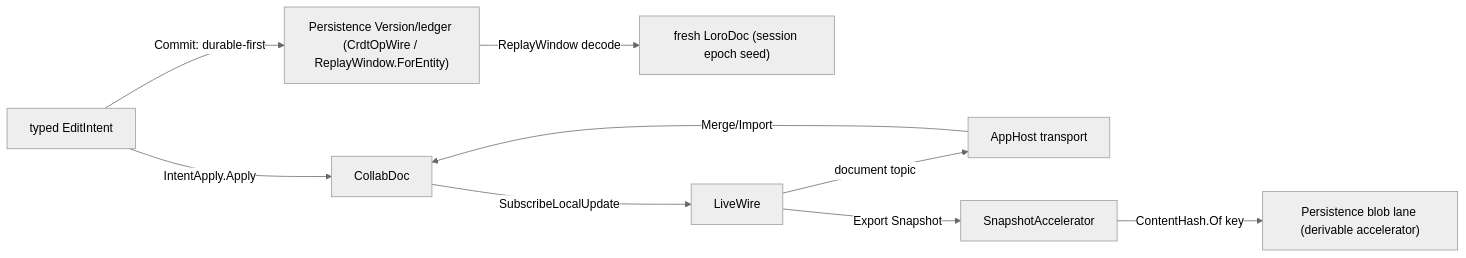
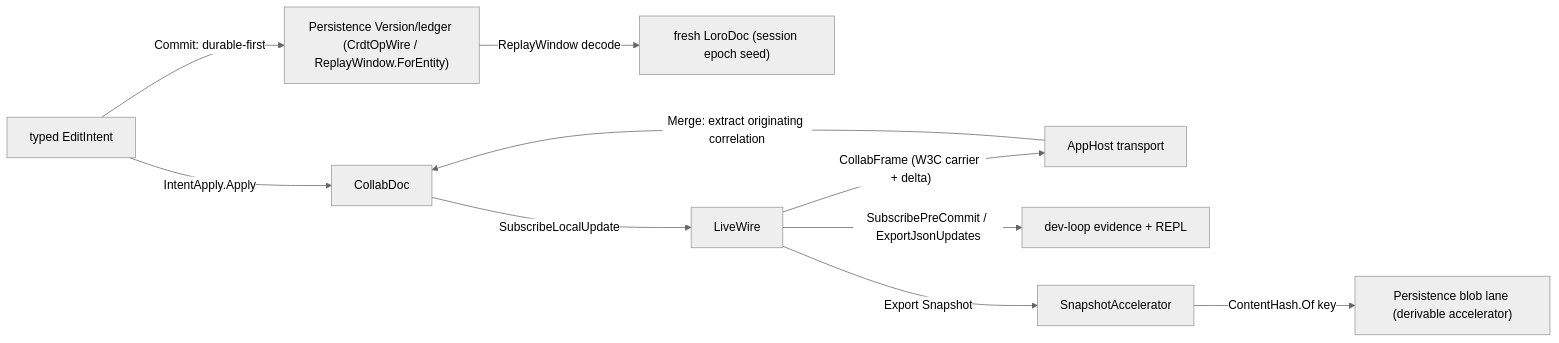
The first of 2 diagrams in libs/csharp/Rasm.AppUi/.planning/Collab/sync.md (bsamiee/Rasm), drawn with Mermaid (neutral theme) before and after one commit. The commit also changed other lines of this file and 195 other files, not shown here.

````diff
--- a/libs/csharp/Rasm.AppUi/.planning/Collab/sync.md
+++ b/libs/csharp/Rasm.AppUi/.planning/Collab/sync.md
@@ -499,11 +561,12 @@
 ```mermaid
 flowchart LR
     Edit[typed EditIntent] -->|Commit: durable-first| Ledger["Persistence Version/ledger (CrdtOpWire / ReplayWindow.ForEntity)"]
     Edit -->|IntentApply.Apply| CollabDoc
     Ledger -->|ReplayWindow decode| Fresh["fresh LoroDoc (session epoch seed)"]
     CollabDoc -->|SubscribeLocalUpdate| LiveWire
-    LiveWire -->|document topic| Transport["AppHost transport"]
-    Transport -->|Merge/Import| CollabDoc
+    LiveWire -->|"CollabFrame (W3C carrier + delta)"| Transport["AppHost transport"]
+    Transport -->|"Merge: extract originating correlation"| CollabDoc
+    LiveWire -->|SubscribePreCommit / ExportJsonUpdates| Forensics["dev-loop evidence + REPL"]
     LiveWire -->|Export Snapshot| SnapshotAccelerator
     SnapshotAccelerator -->|ContentHash.Of key| Blob["Persistence blob lane (derivable accelerator)"]
 ```
````
